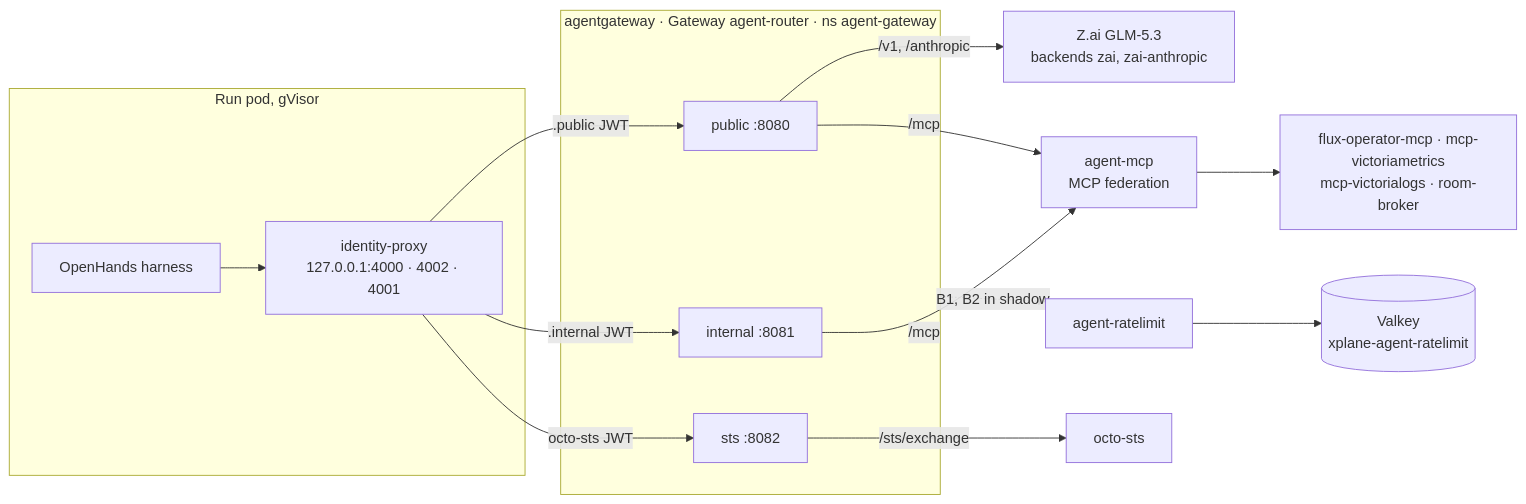
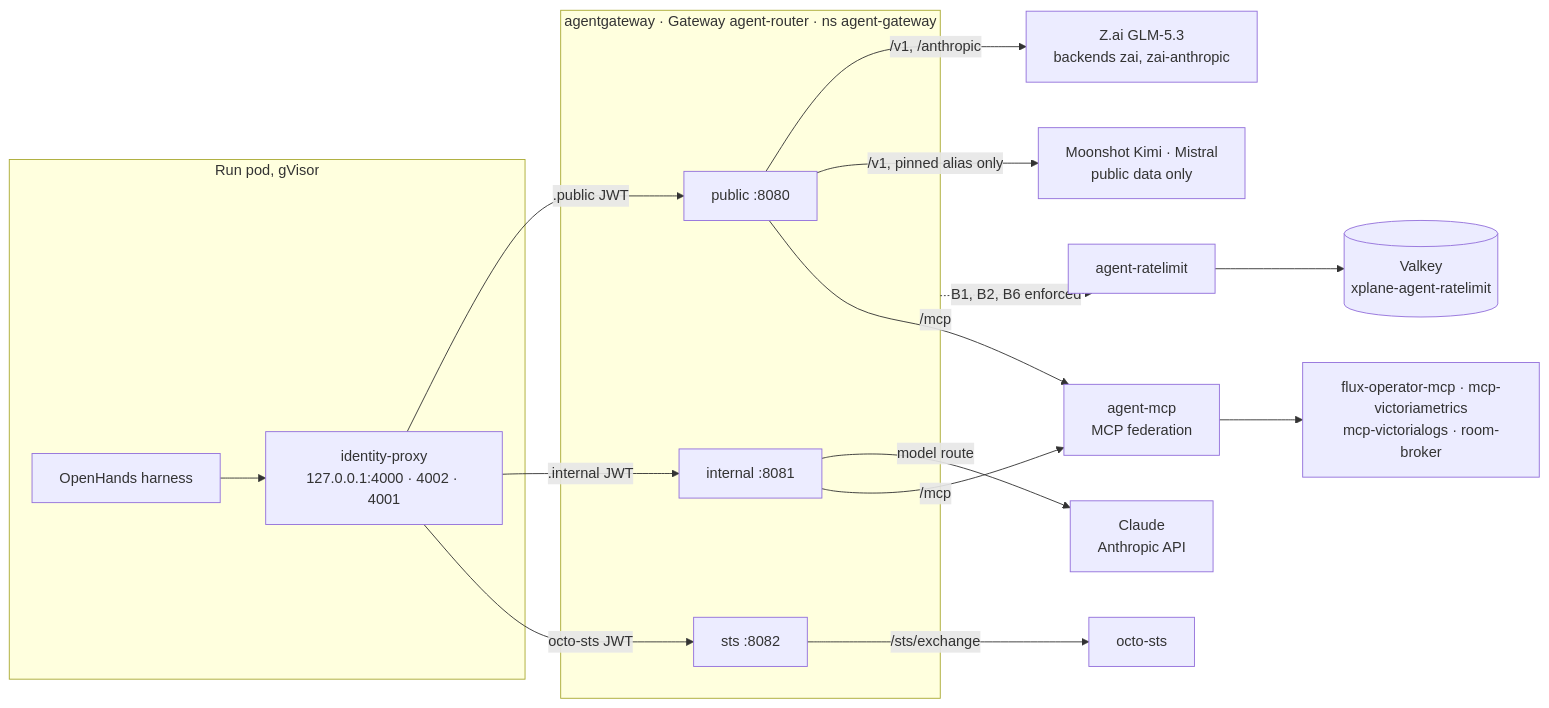
One commit to Smana/ai-native-ref changed the diagram in website/content/docs/platform/ai-platform/gateways.md. Above: the diagram before and after it, drawn with Mermaid. The commit also changed other lines of this file and 46 other files, not shown here.

````diff
--- a/website/content/docs/platform/ai-platform/gateways.md
+++ b/website/content/docs/platform/ai-platform/gateways.md
@@ -177,20 +177,22 @@
 ```mermaid
 flowchart LR
   subgraph run["Run pod, gVisor"]
     H["OpenHands harness"] --> P["identity-proxy<br/>127.0.0.1:4000 · 4002 · 4001"]
   end
   subgraph agw["agentgateway · Gateway agent-router · ns agent-gateway"]
     LP["public :8080"]
     LI["internal :8081"]
     LS["sts :8082"]
   end
   P -->|".public JWT"| LP
   P -->|".internal JWT"| LI
   P -->|"octo-sts JWT"| LS
   LP -->|"/v1, /anthropic"| Z["Z.ai GLM-5.3<br/>backends zai, zai-anthropic"]
+  LP -->|"/v1, pinned alias only"| KM["Moonshot Kimi · Mistral<br/>public data only"]
+  LI -->|"model route"| A["Claude<br/>Anthropic API"]
   LP -->|"/mcp"| M["agent-mcp<br/>MCP federation"]
   LI -->|"/mcp"| M
   LS -->|"/sts/exchange"| O["octo-sts"]
   M --> T["flux-operator-mcp · mcp-victoriametrics<br/>mcp-victorialogs · room-broker"]
-  agw -.->|"B1, B2 in shadow"| RL["agent-ratelimit"] --> V[("Valkey<br/>xplane-agent-ratelimit")]
+  agw -.->|"B1, B2, B6 enforced"| RL["agent-ratelimit"] --> V[("Valkey<br/>xplane-agent-ratelimit")]
 ```
````
